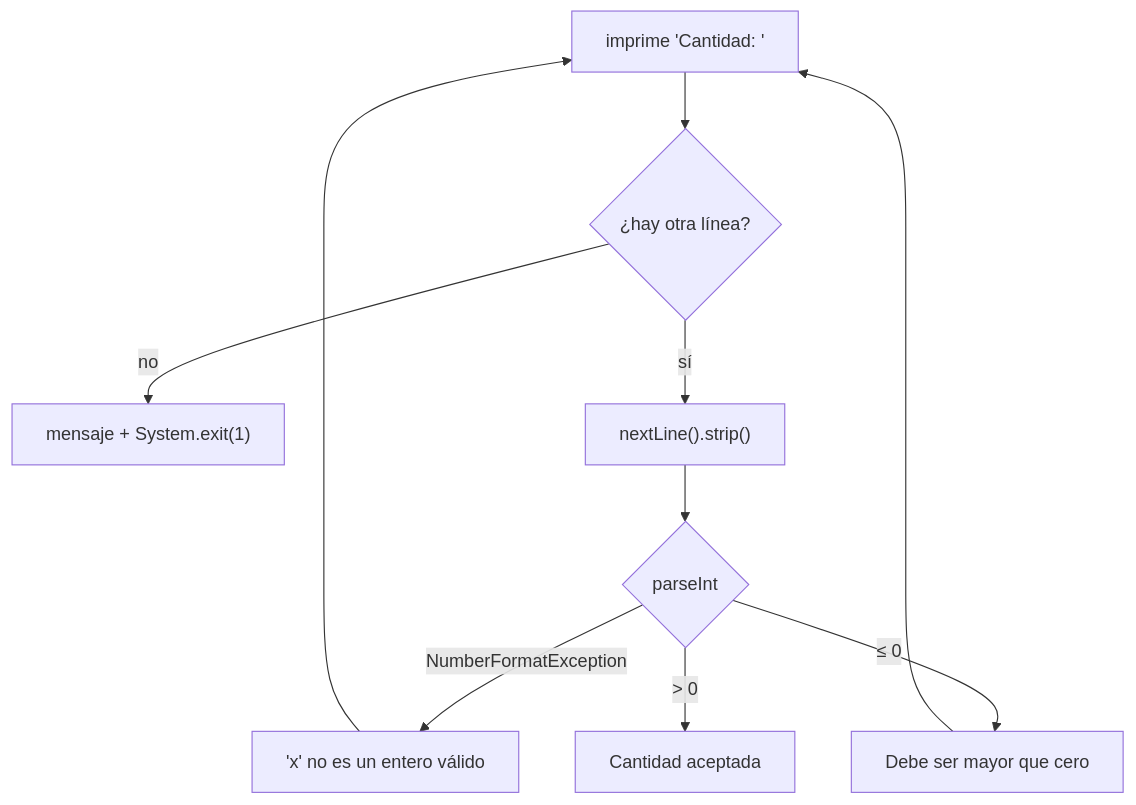
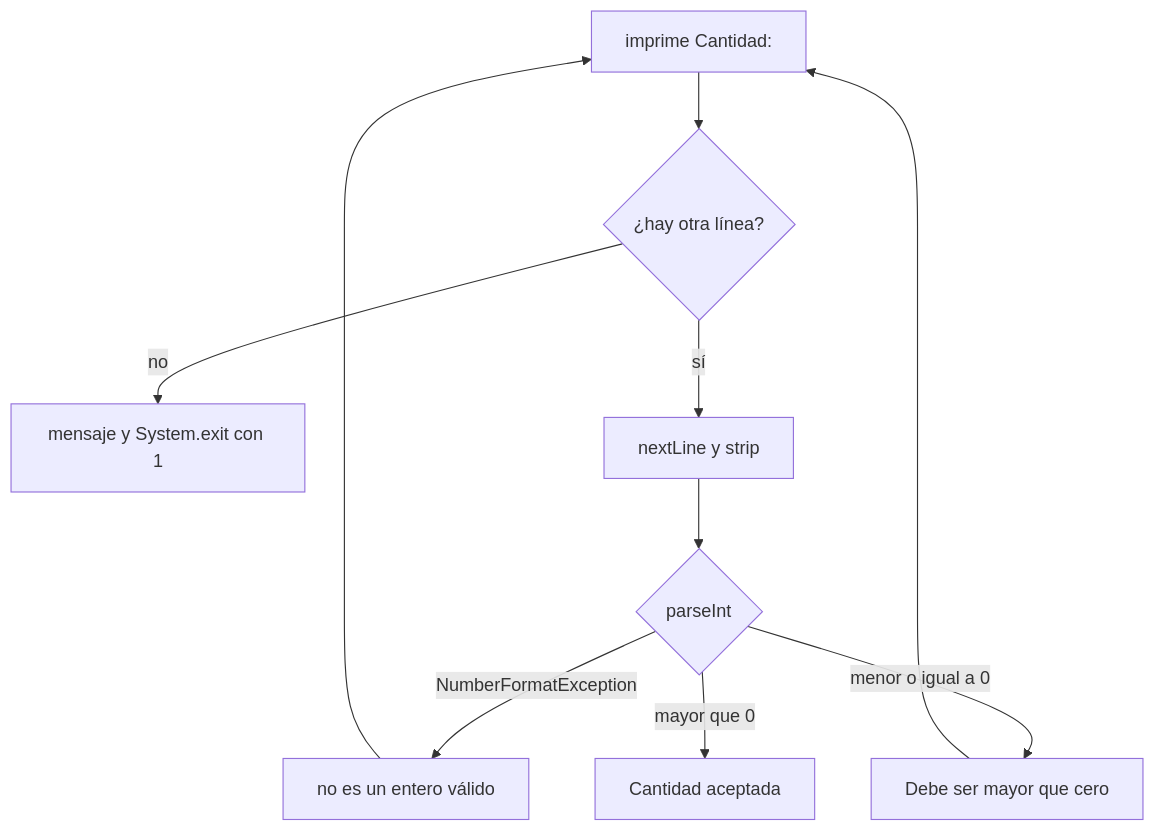
The eighth of 9 diagrams in web/public/content/java/modulo-0.md (NICORUIZ93/The_Imperial_Book), drawn with Mermaid before and after one commit. The commit also changed other lines of this file and 65 other files, not shown here.

````diff
--- a/web/public/content/java/modulo-0.md
+++ b/web/public/content/java/modulo-0.md
@@ -4213,10 +4920,10 @@
 ```mermaid
 flowchart TB
-  P["imprime 'Cantidad: '"] --> H{"¿hay otra línea?"}
-  H -- no --> FIN["mensaje + System.exit(1)"]
-  H -- sí --> L["nextLine().strip()"]
+  P["imprime Cantidad:"] --> H{"¿hay otra línea?"}
+  H -- no --> FIN["mensaje y System.exit con 1"]
+  H -- sí --> L["nextLine y strip"]
   L --> T{"parseInt"}
-  T -- NumberFormatException --> E1["'x' no es un entero válido"] --> P
-  T -- "≤ 0" --> E2["Debe ser mayor que cero"] --> P
-  T -- "> 0" --> OK["Cantidad aceptada"]
+  T -- NumberFormatException --> E1["no es un entero válido"] --> P
+  T -- "menor o igual a 0" --> E2["Debe ser mayor que cero"] --> P
+  T -- "mayor que 0" --> OK["Cantidad aceptada"]
 ```
````
